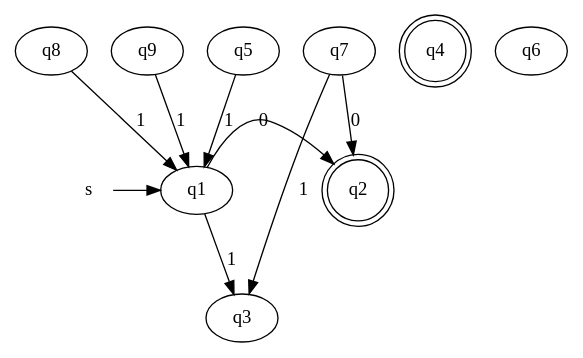
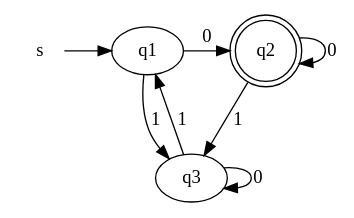
Before and after one commit to poetryfactory/automata: the diagram in build/DFA.dot, drawn with Graphviz. The commit also changed 6 other files, not shown here.

```diff
--- a/build/DFA.dot
+++ b/build/DFA.dot
@@ -1,34 +1,21 @@
 digraph graphDFA{ 
 s[shape=circle, color=white];
 q1;
 {rank="same";s;q1}
 s->q1[label = "\n"];
 q2;
 {rank="same";q1;q2 }
 q1->q2[label = "0"];
 q3;
 q1->q3[label="1"];
 q2[shape="doublecircle"];
+q2;
+q2->q2[label = "0"];
 q3;
-q4[shape="doublecircle"];
-q5;
+q2->q3[label = "1"];
+q3;
+q3;
+q3->q3[label = "0"];
 q1;
-q5->q1[label="1"];
-q6;
-q7;
-q2;
-q7->q2[label = "0"];
-q3;
-q7->q3[label="1"];
-q8;
-q1;
-q8->q1[label="1"];
-q9;
-q1;
-q9->q1[label="1"];
-q1;
-q1;
-q1;
-q1;
-q1;
+q3->q1[label="1"];
 }
```
